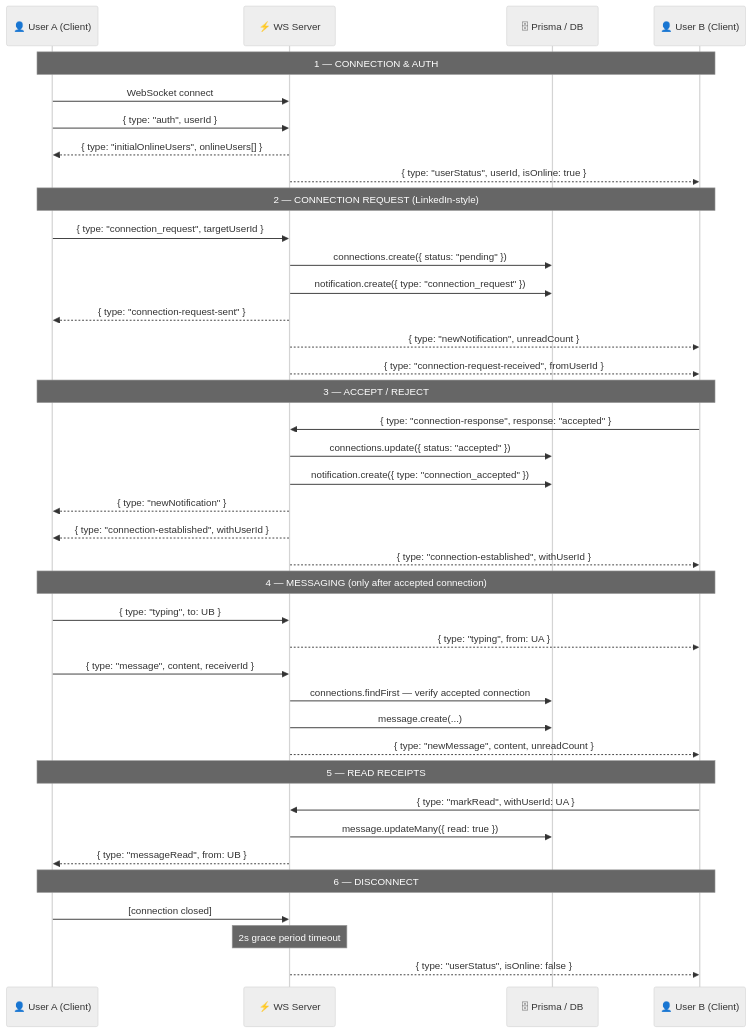
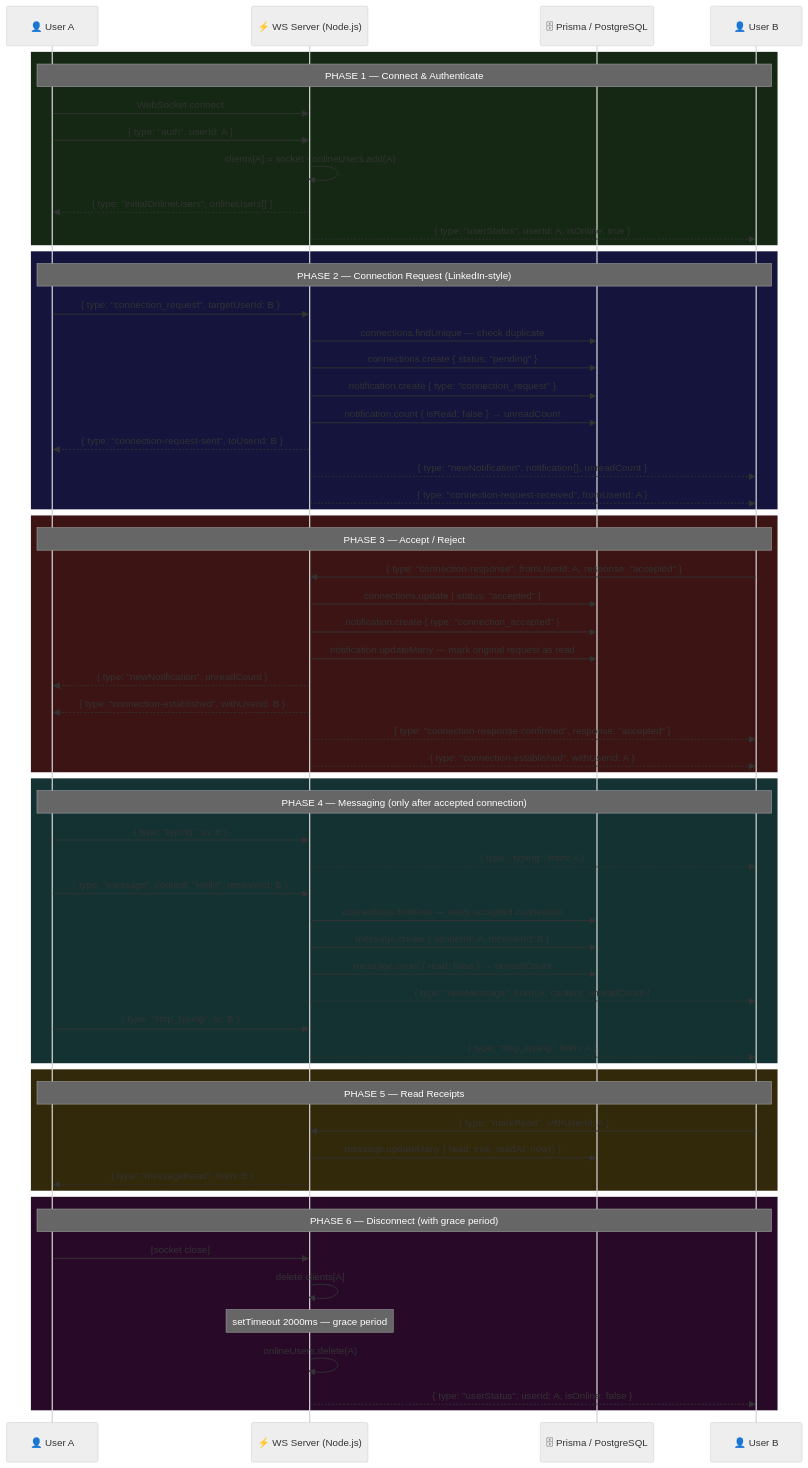
The third of 4 diagrams in README.md (ayushgarg2005/Chat-Application), drawn with Mermaid (neutral theme) before and after one commit. The commit also changed other lines of this file, not shown here.

First line of the commit message:
Revise README for feature updates and architecture

````diff
--- a/README.md
+++ b/README.md
@@ -133,48 +206,71 @@
 ```mermaid
 sequenceDiagram
-    participant UA as 👤 User A (Client)
-    participant WS as ⚡ WS Server
-    participant DB as 🗄 Prisma / DB
-    participant UB as 👤 User B (Client)
+    participant UA as 👤 User A
+    participant SRV as ⚡ WS Server (Node.js)
+    participant DB  as 🗄 Prisma / PostgreSQL
+    participant UB  as 👤 User B
 
-    Note over UA, UB: 1 — CONNECTION & AUTH
-    UA->>WS: WebSocket connect
-    UA->>WS: { type: "auth", userId }
-    WS-->>UA: { type: "initialOnlineUsers", onlineUsers[] }
-    WS-->>UB: { type: "userStatus", userId, isOnline: true }
+    rect rgb(20, 40, 20)
+        Note over UA,UB: PHASE 1 — Connect & Authenticate
+        UA->>SRV: WebSocket connect
+        UA->>SRV: { type: "auth", userId: A }
+        SRV->>SRV: clients[A] = socket · onlineUsers.add(A)
+        SRV-->>UA: { type: "initialOnlineUsers", onlineUsers[] }
+        SRV-->>UB: { type: "userStatus", userId: A, isOnline: true }
+    end
 
-    Note over UA, UB: 2 — CONNECTION REQUEST (LinkedIn-style)
-    UA->>WS: { type: "connection_request", targetUserId }
-    WS->>DB: connections.create({ status: "pending" })
-    WS->>DB: notification.create({ type: "connection_request" })
-    WS-->>UA: { type: "connection-request-sent" }
-    WS-->>UB: { type: "newNotification", unreadCount }
-    WS-->>UB: { type: "connection-request-received", fromUserId }
+    rect rgb(20, 20, 60)
+        Note over UA,UB: PHASE 2 — Connection Request (LinkedIn-style)
+        UA->>SRV: { type: "connection_request", targetUserId: B }
+        SRV->>DB: connections.findUnique — check duplicate
+        SRV->>DB: connections.create { status: "pending" }
+        SRV->>DB: notification.create { type: "connection_request" }
+        SRV->>DB: notification.count { isRead: false } → unreadCount
+        SRV-->>UA: { type: "connection-request-sent", toUserId: B }
+        SRV-->>UB: { type: "newNotification", notification{}, unreadCount }
+        SRV-->>UB: { type: "connection-request-received", fromUserId: A }
+    end
 
-    Note over UA, UB: 3 — ACCEPT / REJECT
-    UB->>WS: { type: "connection-response", response: "accepted" }
-    WS->>DB: connections.update({ status: "accepted" })
-    WS->>DB: notification.create({ type: "connection_accepted" })
-    WS-->>UA: { type: "newNotification" }
-    WS-->>UA: { type: "connection-established", withUserId }
-    WS-->>UB: { type: "connection-established", withUserId }
+    rect rgb(60, 20, 20)
+        Note over UA,UB: PHASE 3 — Accept / Reject
+        UB->>SRV: { type: "connection-response", fromUserId: A, response: "accepted" }
+        SRV->>DB: connections.update { status: "accepted" }
+        SRV->>DB: notification.create { type: "connection_accepted" }
+        SRV->>DB: notification.updateMany — mark original request as read
+        SRV-->>UA: { type: "newNotification", unreadCount }
+        SRV-->>UA: { type: "connection-established", withUserId: B }
+        SRV-->>UB: { type: "connection-response-confirmed", response: "accepted" }
+        SRV-->>UB: { type: "connection-established", withUserId: A }
+    end
 
-    Note over UA, UB: 4 — MESSAGING (only after accepted connection)
-    UA->>WS: { type: "typing", to: UB }
-    WS-->>UB: { type: "typing", from: UA }
+    rect rgb(20, 50, 50)
+        Note over UA,UB: PHASE 4 — Messaging (only after accepted connection)
+        UA->>SRV: { type: "typing", to: B }
+        SRV-->>UB: { type: "typing", from: A }
 
-    UA->>WS: { type: "message", content, receiverId }
-    WS->>DB: connections.findFirst — verify accepted connection
-    WS->>DB: message.create(...)
-    WS-->>UB: { type: "newMessage", content, unreadCount }
+        UA->>SRV: { type: "message", content: "Hello", receiverId: B }
+        SRV->>DB: connections.findFirst — verify accepted connection
+        SRV->>DB: message.create { senderId: A, receiverId: B }
+        SRV->>DB: message.count { read: false } → unreadCount
+        SRV-->>UB: { type: "newMessage", from: A, content, unreadCount }
 
-    Note over UA, UB: 5 — READ RECEIPTS
-    UB->>WS: { type: "markRead", withUserId: UA }
-    WS->>DB: message.updateMany({ read: true })
-    WS-->>UA: { type: "messageRead", from: UB }
+        UA->>SRV: { type: "stop_typing", to: B }
+        SRV-->>UB: { type: "stop_typing", from: A }
+    end
 
-    Note over UA, UB: 6 — DISCONNECT
-    UA->>WS: [connection closed]
-    Note over WS: 2s grace period timeout
-    WS-->>UB: { type: "userStatus", isOnline: false }
+    rect rgb(50, 40, 10)
+        Note over UA,UB: PHASE 5 — Read Receipts
+        UB->>SRV: { type: "markRead", withUserId: A }
+        SRV->>DB: message.updateMany { read: true, readAt: now() }
+        SRV-->>UA: { type: "messageRead", from: B }
+    end
+
+    rect rgb(40, 10, 40)
+        Note over UA,UB: PHASE 6 — Disconnect (with grace period)
+        UA->>SRV: [socket close]
+        SRV->>SRV: delete clients[A]
+        Note over SRV: setTimeout 2000ms — grace period
+        SRV->>SRV: onlineUsers.delete(A)
+        SRV-->>UB: { type: "userStatus", userId: A, isOnline: false }
+    end
 ```
````
